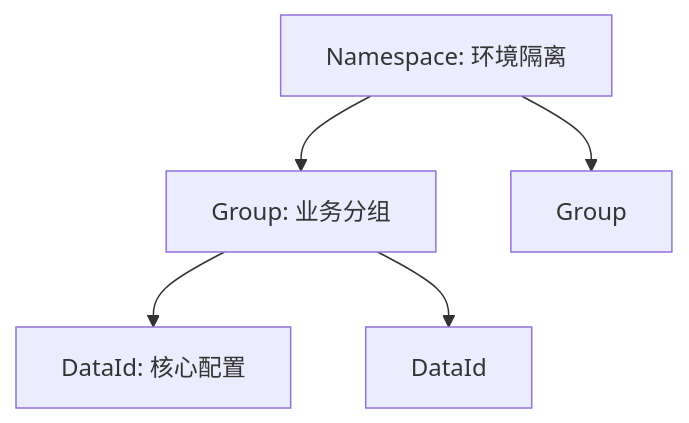
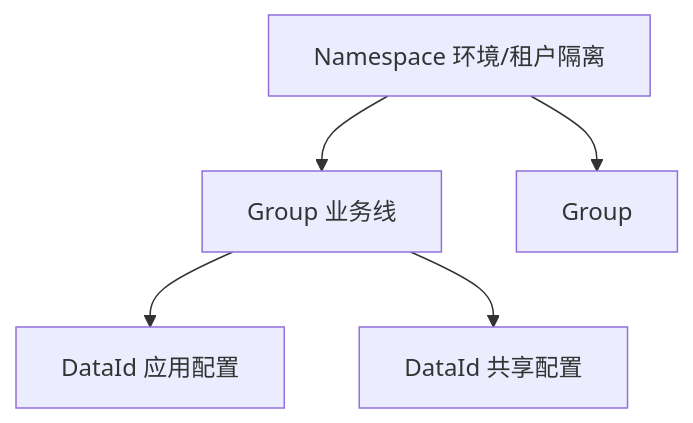
Before and after one commit to Aiden-Coding/AiDocs: the first of 3 diagrams in docs/java/spring/23-nacos-config-advanced.md, drawn with Mermaid. The commit also changed other lines of this file and 21 other files, not shown here.

````diff
--- a/docs/java/spring/23-nacos-config-advanced.md
+++ b/docs/java/spring/23-nacos-config-advanced.md
@@ -21,7 +17,8 @@
 ```mermaid
-graph TD
-    NS[Namespace: 环境隔离] --> G1[Group: 业务分组]
+flowchart TD
+    NS[Namespace 环境/租户隔离]
+    NS --> G1[Group 业务线]
     NS --> G2[Group]
-    G1 --> D1[DataId: 核心配置]
-    G1 --> D2[DataId]
+    G1 --> D1[DataId 应用配置]
+    G1 --> D2[DataId 共享配置]
 ```
````
